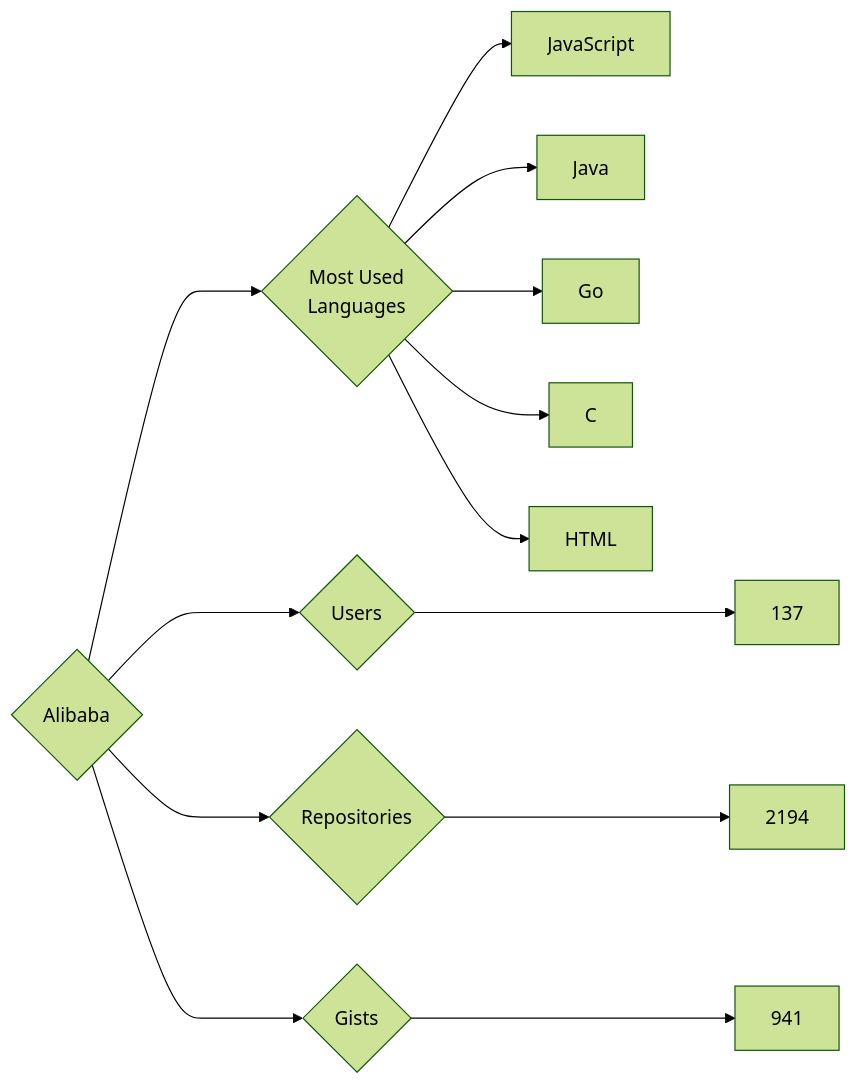
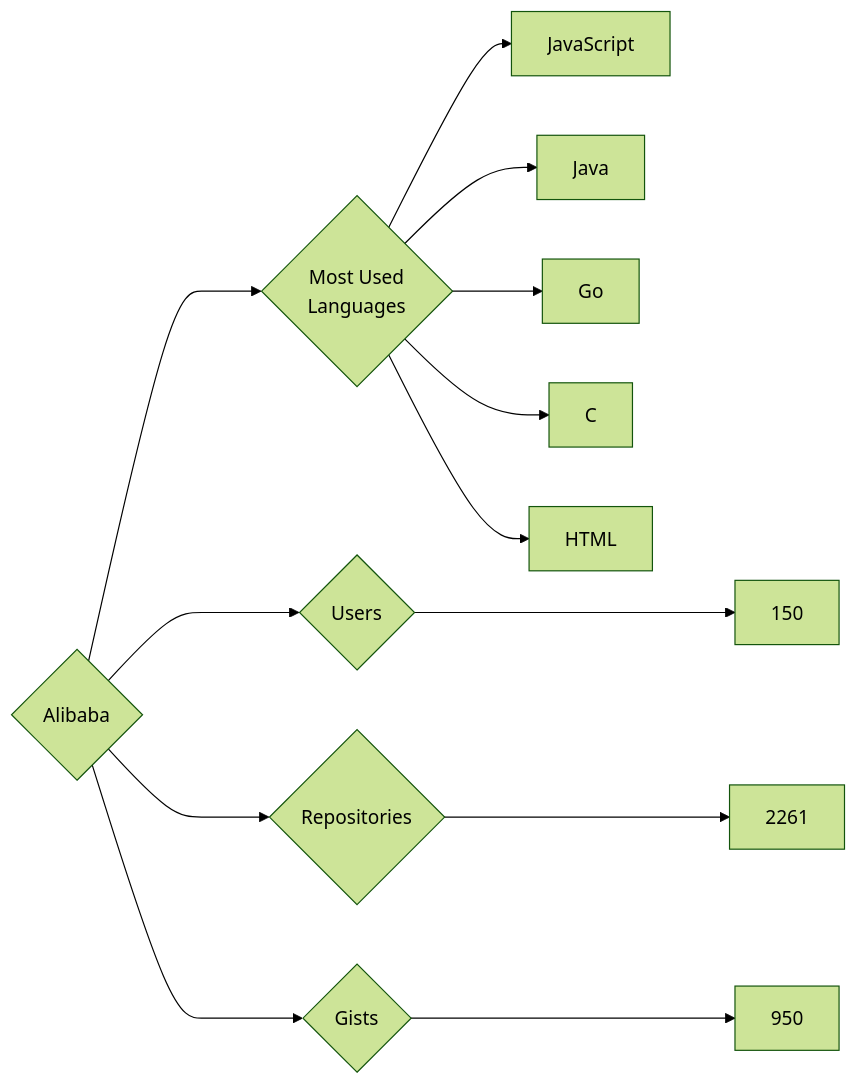
The diagram in targets/Alibaba/README.md (trickest/insiders), drawn with Mermaid (forest theme) before and after one commit. The commit also changed 688 other files, not shown here.

````diff
--- a/targets/Alibaba/README.md
+++ b/targets/Alibaba/README.md
@@ -3,13 +3,13 @@
 ```mermaid
 graph LR
 COMPANY_NAME{Alibaba}
-COMPANY_NAME ---> U{Users} ---> UN[137]
-COMPANY_NAME ---> R{Repositories} ---> RN[2194]
-COMPANY_NAME ---> G{Gists} ---> GN[941]
+COMPANY_NAME ---> U{Users} ---> UN[150]
+COMPANY_NAME ---> R{Repositories} ---> RN[2261]
+COMPANY_NAME ---> G{Gists} ---> GN[950]
 COMPANY_NAME ---> ML{Most Used<br>Languages}
 ML --> JavaScript[JavaScript]
 ML --> Java[Java]
 ML --> Go[Go]
 ML --> C[C]
 ML --> HTML[HTML]
 ```
````
